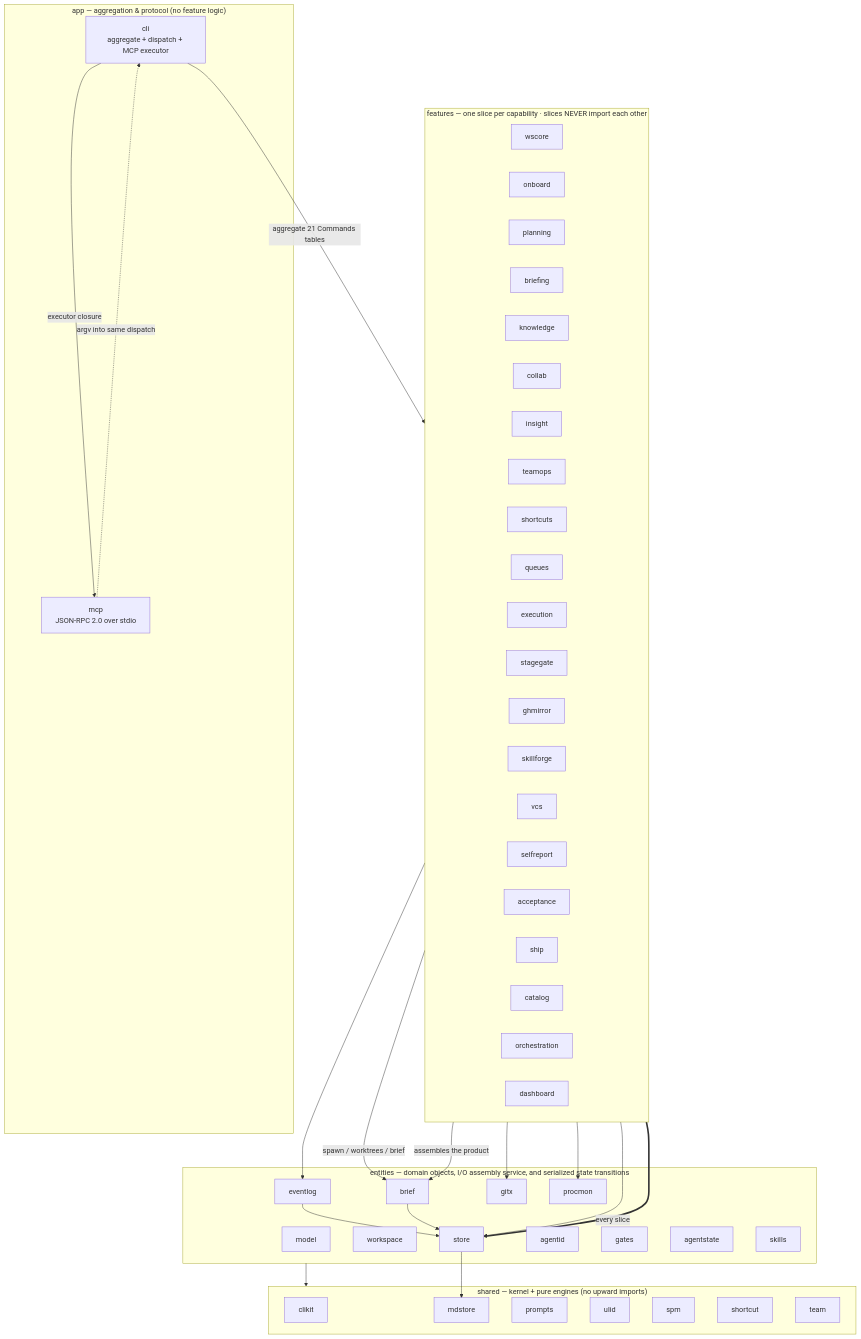
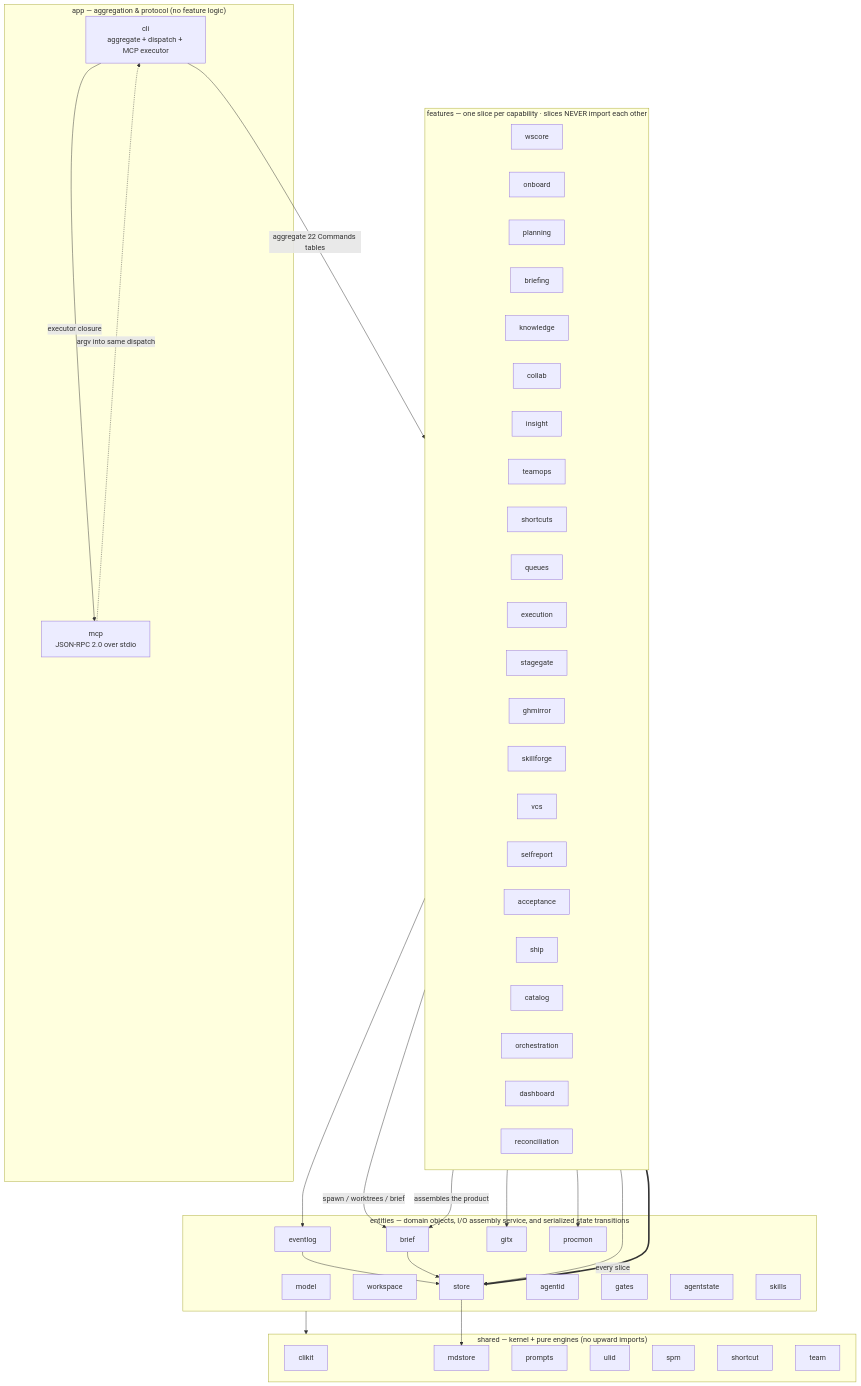
One commit to mlnomadpy/dacli changed the first of 4 diagrams in docs/DIAGRAMS.md. Above: the diagram before and after it, drawn with Mermaid. The commit also changed other lines of this file and 2 other files, not shown here.

First line of the commit message:
542: harden reconciliation against false positives

````diff
--- a/docs/DIAGRAMS.md
+++ b/docs/DIAGRAMS.md
@@ -15,42 +15,43 @@
 ```mermaid
 graph TD
     subgraph APP["app — aggregation &amp; protocol (no feature logic)"]
         cli["cli<br/>aggregate + dispatch + MCP executor"]
         mcp["mcp<br/>JSON-RPC 2.0 over stdio"]
     end
 
     subgraph FEAT["features — one slice per capability · slices NEVER import each other"]
         direction LR
         wscore & onboard & planning & briefing & knowledge
         collab & insight & teamops & shortcuts & queues
         execution & stagegate & ghmirror & skillforge & vcs
         selfreport & acceptance & ship & catalog & orchestration & dashboard
+        reconciliation
     end
 
     subgraph ENT["entities — domain objects, I/O assembly service, and serialized state transitions"]
         model & workspace & store & eventlog & agentid & brief
         gates & gitx & procmon & agentstate & skills
     end
 
     subgraph SHARED["shared — kernel + pure engines (no upward imports)"]
         clikit & mdstore & prompts & ulid
         spm & shortcut & team
     end
 
-    cli -->|aggregate 21 Commands tables| FEAT
+    cli -->|aggregate 22 Commands tables| FEAT
     cli -->|executor closure| mcp
     mcp -.->|argv into same dispatch| cli
 
     execution -->|spawn / worktrees / brief| brief
     execution --> gitx
     execution --> procmon
     briefing -->|assembles the product| brief
     planning --> store
     planning --> eventlog
     FEAT ==>|every slice| store
 
     store --> mdstore
     eventlog --> store
     brief --> store
     ENT --> SHARED
 ```
````
